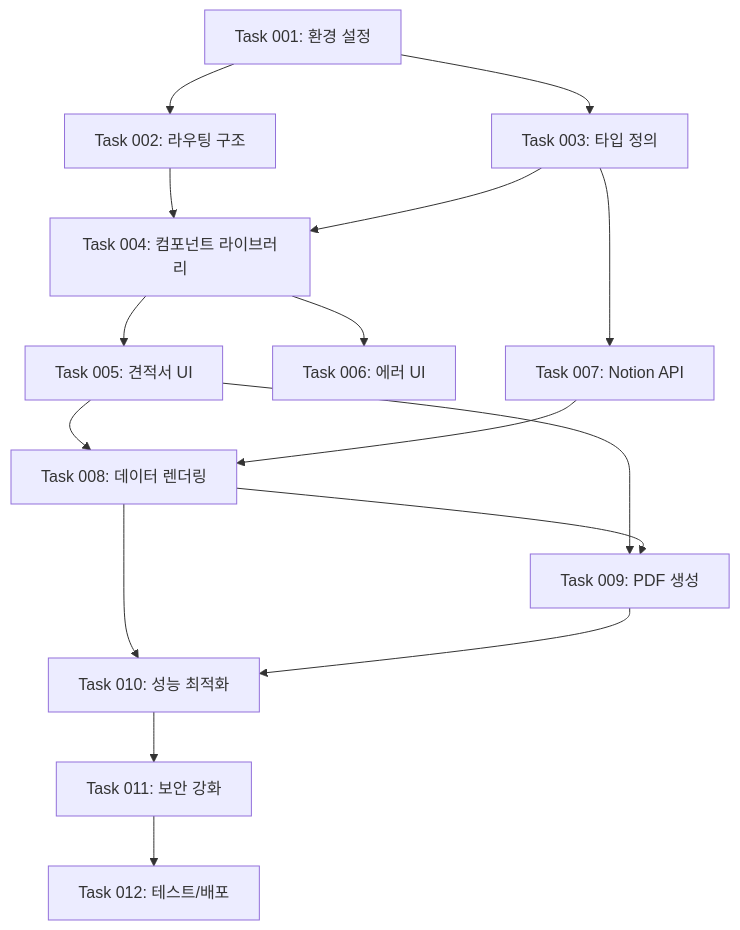
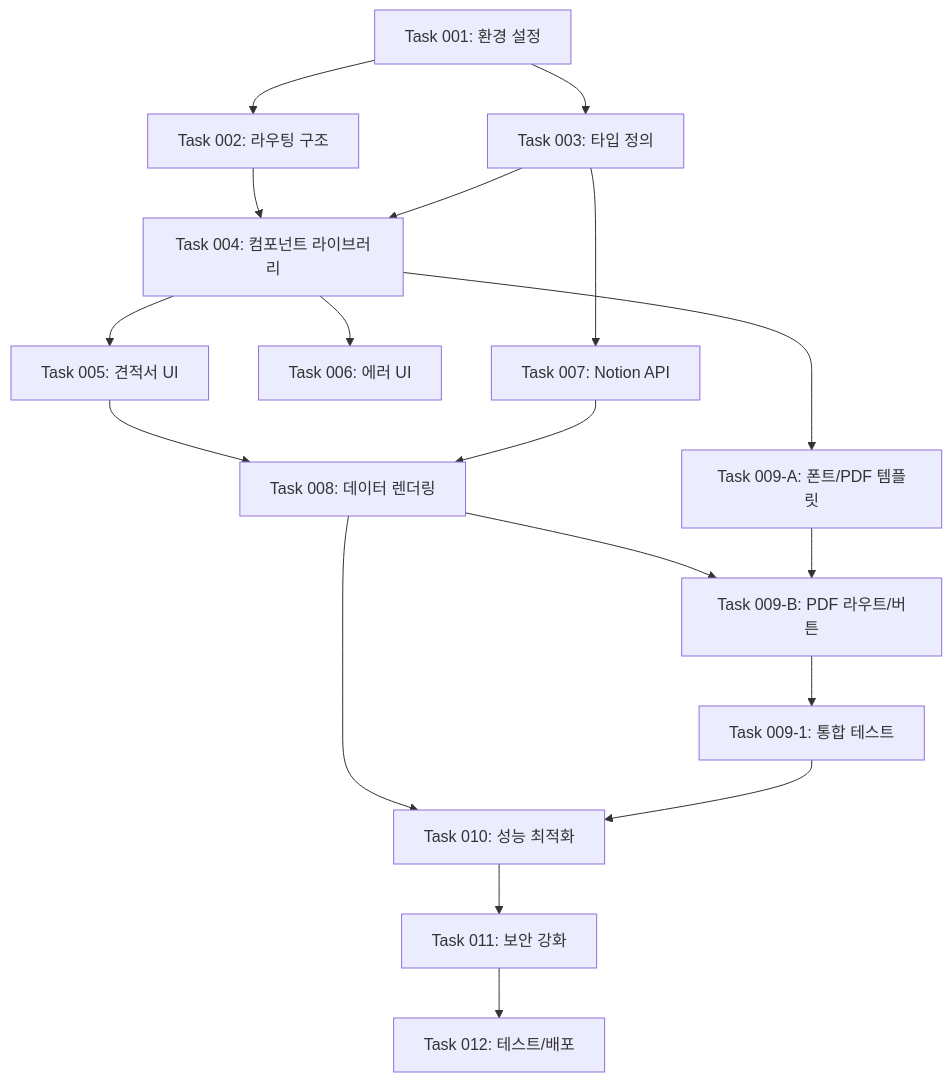
One commit to Han-DDong/invoice-web changed the diagram in docs/ROADMAP.md. Above: the diagram before and after it, drawn with Mermaid. The commit also changed other lines of this file and 7 other files, not shown here.

````diff
--- a/docs/ROADMAP.md
+++ b/docs/ROADMAP.md
@@ -256,18 +257,20 @@
 ```mermaid
 graph TD
     A[Task 001: 환경 설정] --> B[Task 002: 라우팅 구조]
     A --> C[Task 003: 타입 정의]
     B --> D[Task 004: 컴포넌트 라이브러리]
     C --> D
     D --> E[Task 005: 견적서 UI]
     D --> F[Task 006: 에러 UI]
     C --> G[Task 007: Notion API]
     E --> H[Task 008: 데이터 렌더링]
     G --> H
-    E --> I[Task 009: PDF 생성]
-    H --> I
+    D --> I1[Task 009-A: 폰트/PDF 템플릿]
+    H --> I2[Task 009-B: PDF 라우트/버튼]
+    I1 --> I2
+    I2 --> M[Task 009-1: 통합 테스트]
     H --> J[Task 010: 성능 최적화]
-    I --> J
+    M --> J
     J --> K[Task 011: 보안 강화]
     K --> L[Task 012: 테스트/배포]
 ```
````
